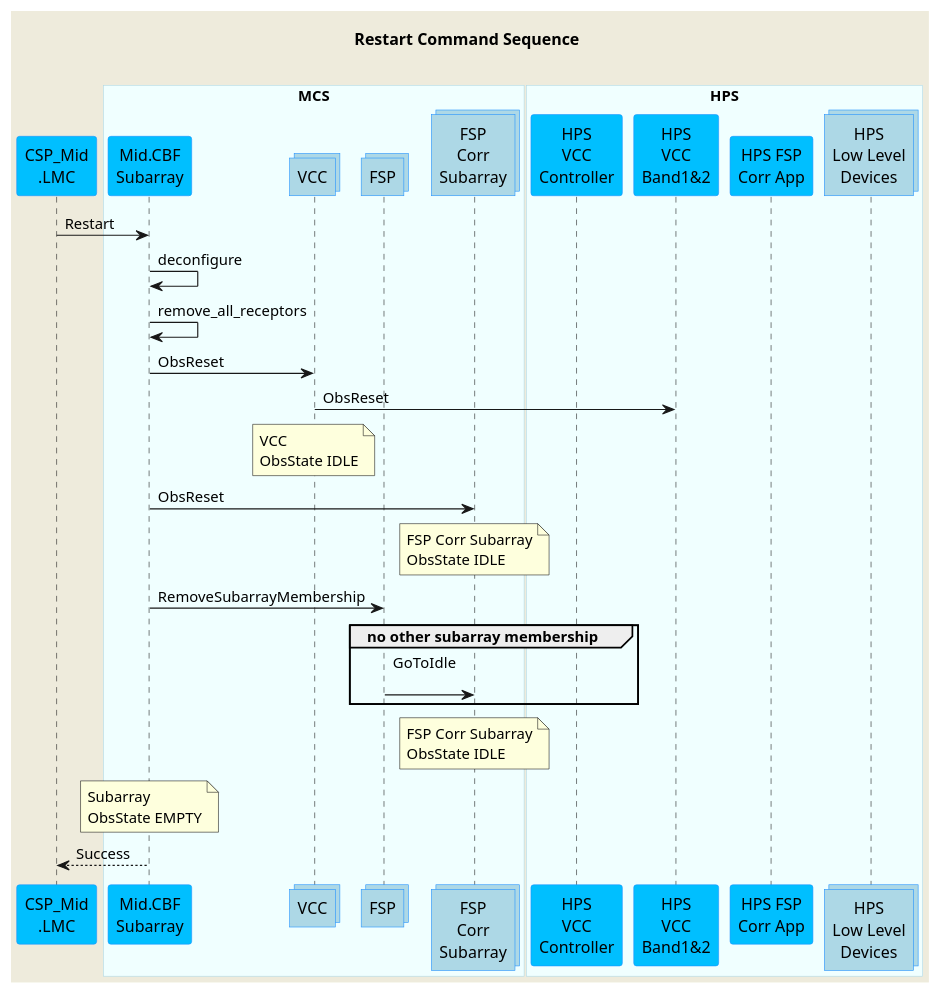
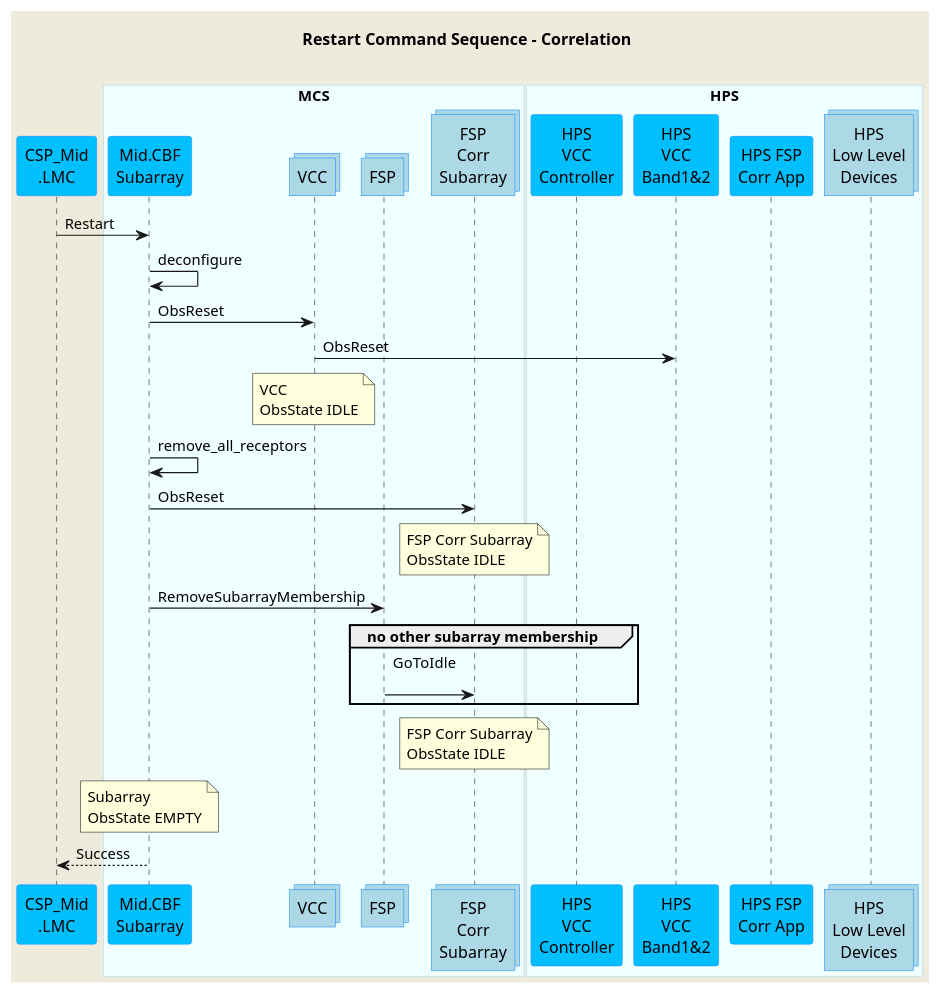
The diagram in docs/src/diagrams/restart-command.puml (ska-telescope/mid-cbf-mcs), drawn with PlantUML before and after one commit. The commit also changed 3 other files, not shown here.

```diff
--- a/docs/src/diagrams/restart-command.puml
+++ b/docs/src/diagrams/restart-command.puml
@@ -1,62 +1,62 @@
 @startuml
 'https://plantuml.com/sequence-diagram
 
 skinparam backgroundColor #EEEBDC
 skinparam sequence {
 ParticipantBorderColor DodgerBlue
 ParticipantBackgroundColor DeepSkyBlue
 ActorBorderColor DarkGreen
 ActorBackgroundColor Green
 BoxBorderColor LightBlue
 BoxBackgroundColor #F0FFFF
 }
 
 skinparam collections {
   BackGroundColor LightBlue
   BorderColor DodgerBlue
 }
 
 skinparam database {
   BackgroundColor LightGreen
   BorderColor DarkGreen
 }
 
-title Restart Command Sequence\n
+title Restart Command Sequence - Correlation\n
 
 participant "CSP_Mid\n.LMC" as lmc
 
 box "MCS"
 participant "Mid.CBF\nSubarray" as subarray
 collections "VCC" as vcc
 collections "FSP" as fsp
 collections "FSP\nCorr\nSubarray" as fspsubarray
 end box
 
 box "HPS"
 participant "HPS\nVCC\nController" as hpsvcc
 participant "HPS\nVCC\nBand1&2" as hpsvccband
 participant "HPS FSP\nCorr App" as hpsfsp
 collections "HPS\nLow Level\nDevices" as hpsdevices
 end box
 
 lmc         ->  subarray      : Restart
 
 subarray    ->  subarray      : deconfigure
-subarray    ->  subarray      : remove_all_receptors
 subarray    ->  vcc           : ObsReset
 vcc         ->  hpsvccband    : ObsReset
 note over vcc                 : VCC\nObsState IDLE
+subarray    ->  subarray      : remove_all_receptors
 subarray    ->  fspsubarray   : ObsReset
 note over fspsubarray         : FSP Corr Subarray\nObsState IDLE
 subarray    ->  fsp           : RemoveSubarrayMembership
 
 group no other subarray membership
 fsp         ->  fspsubarray   : GoToIdle\n
 end group
 
 note over fspsubarray         : FSP Corr Subarray\nObsState IDLE
 note over subarray            : Subarray\nObsState EMPTY
 lmc        <--  subarray      : Success
 
 
 @enduml
```
